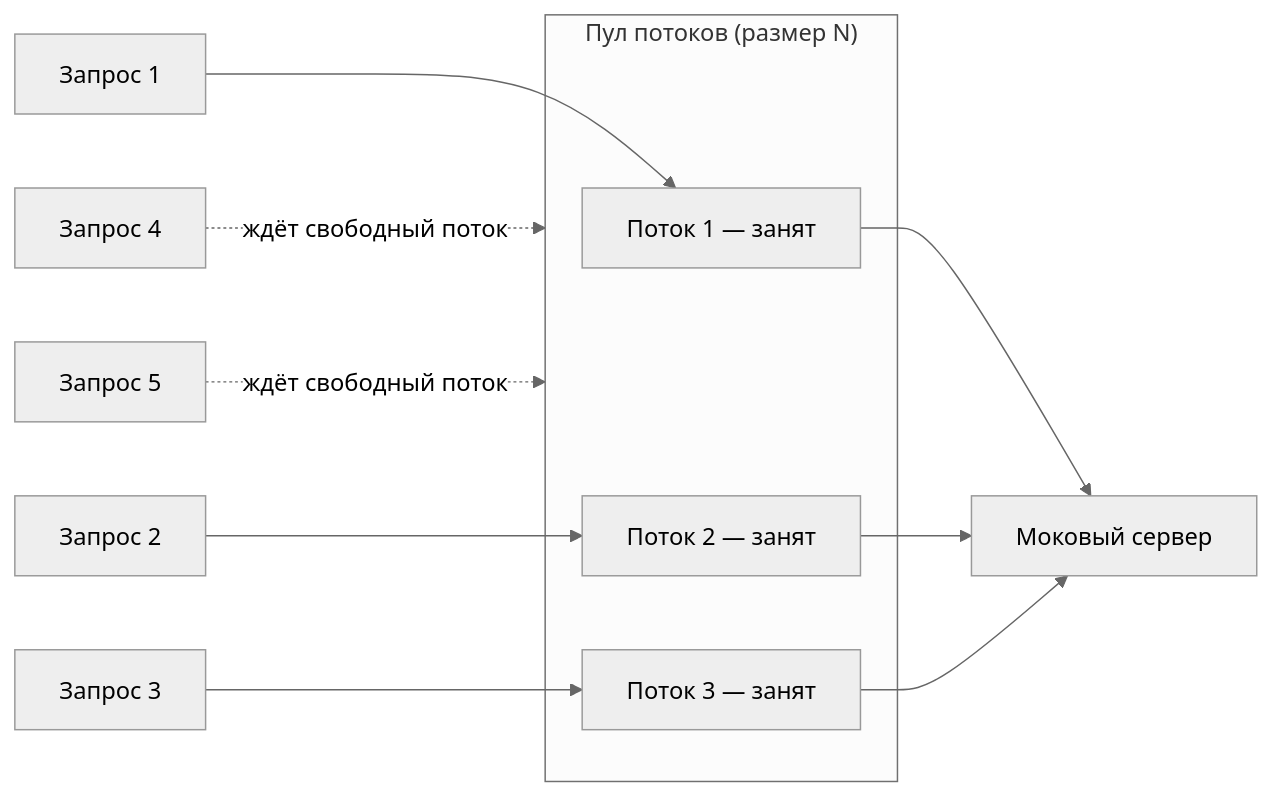
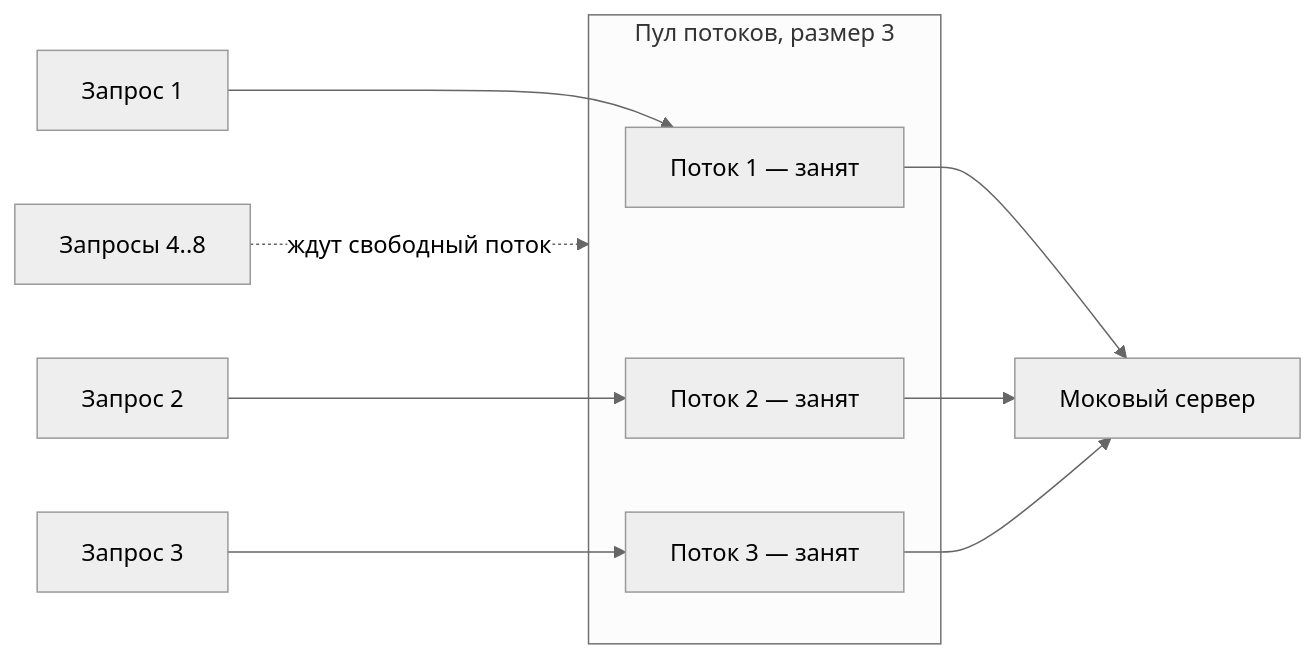
One commit to ArthurAipov/market-pulse-innopolis changed the diagram in advanced/docs/seminars/seminar7/Путь к Reactor/2. Масштаб проблемы.md. Above: the diagram before and after it, drawn with Mermaid (neutral theme). The commit also changed other lines of this file and 41 other files, not shown here.

````diff
--- a/advanced/docs/seminars/seminar7/Путь к Reactor/2. Масштаб проблемы.md
+++ b/advanced/docs/seminars/seminar7/Путь к Reactor/2. Масштаб проблемы.md
@@ -3,14 +19,13 @@
 ```mermaid
 flowchart LR
-    subgraph Pool["Пул потоков (размер N)"]
+    subgraph Pool["Пул потоков, размер 3"]
         T1["Поток 1 — занят"]
         T2["Поток 2 — занят"]
         T3["Поток 3 — занят"]
     end
 
     R1["Запрос 1"] --> T1 --> S["Моковый сервер"]
     R2["Запрос 2"] --> T2 --> S
     R3["Запрос 3"] --> T3 --> S
-    R4["Запрос 4"] -. ждёт свободный поток .-> Pool
-    R5["Запрос 5"] -. ждёт свободный поток .-> Pool
+    R4["Запросы 4..8"] -. ждут свободный поток .-> Pool
 ```
````
